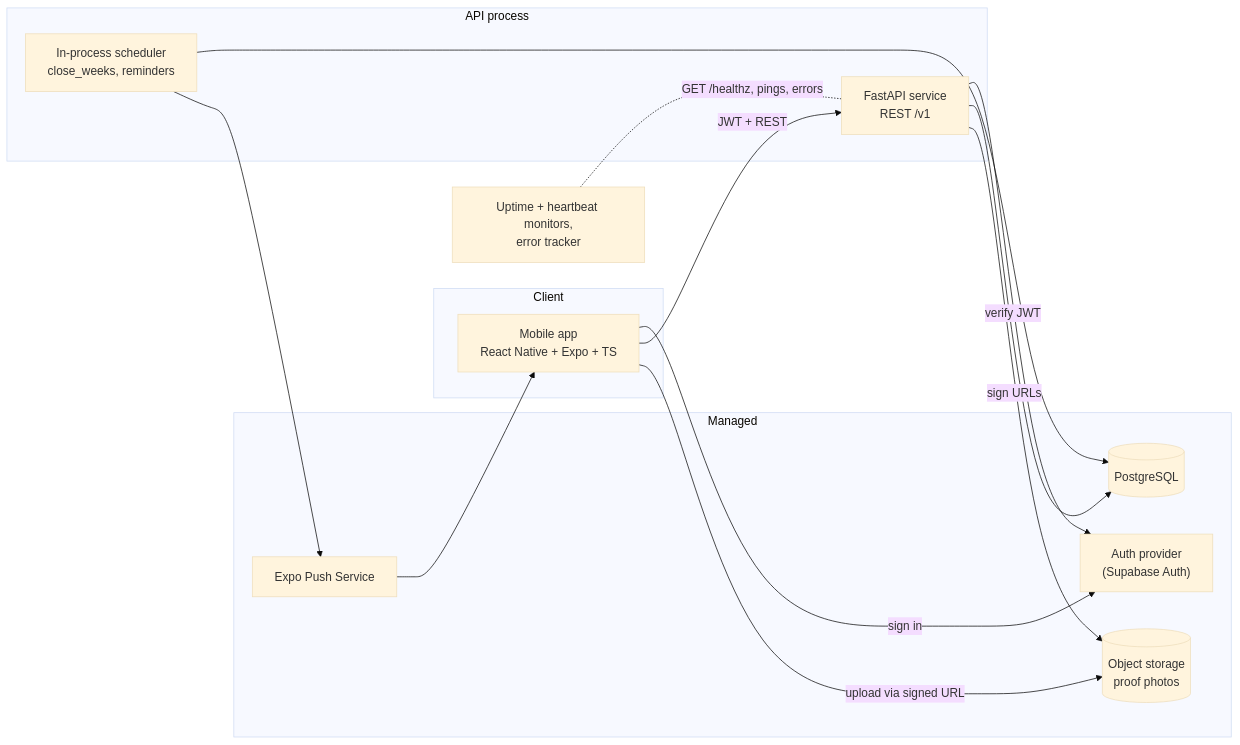
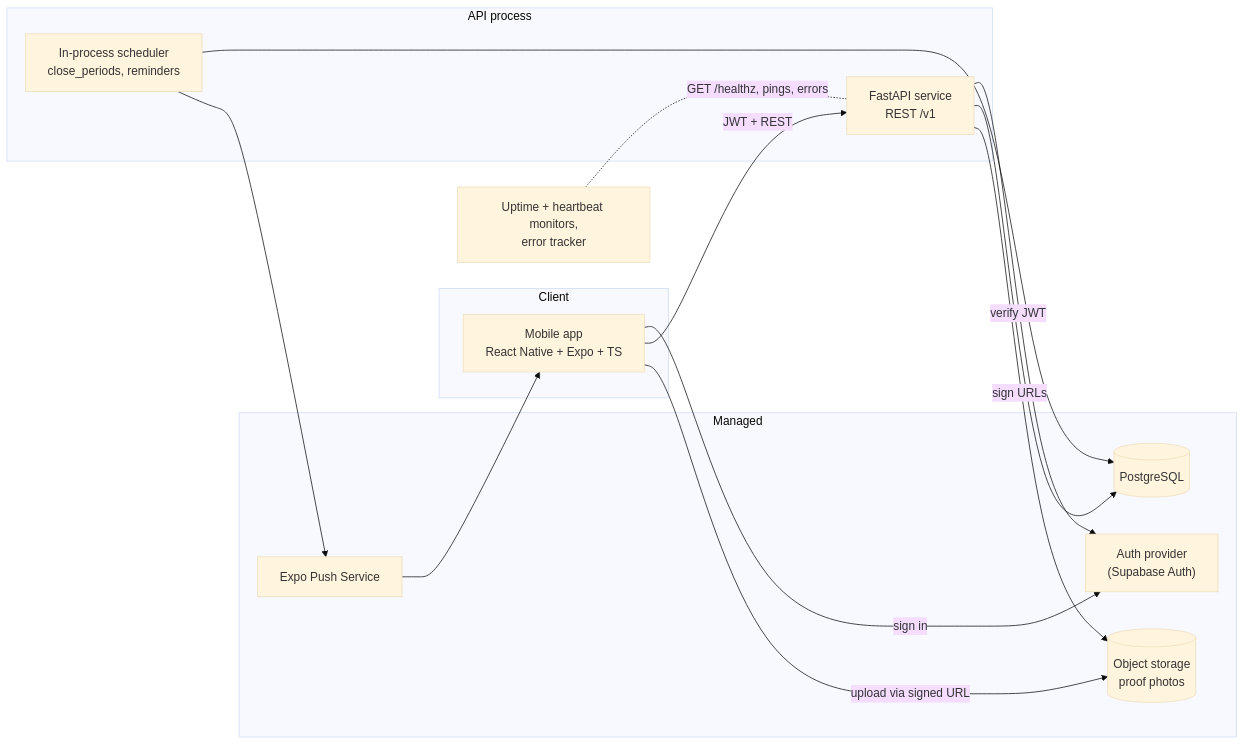
The diagram in docs/high-level-design.md (shreyasvaid/Socius), drawn with Mermaid (base theme) before and after one commit. The commit also changed other lines of this file and 3 other files, not shown here.

````diff
--- a/docs/high-level-design.md
+++ b/docs/high-level-design.md
@@ -22,27 +22,27 @@
 ```mermaid
 flowchart LR
   subgraph Client
     M["Mobile app<br/>React Native + Expo + TS"]
   end
   subgraph Managed
     AUTH["Auth provider<br/>(Supabase Auth)"]
     PG[("PostgreSQL")]
     OBJ[("Object storage<br/>proof photos")]
     PUSH["Expo Push Service"]
   end
   subgraph Backend["API process"]
     API["FastAPI service<br/>REST /v1"]
-    SCHED["In-process scheduler<br/>close_weeks, reminders"]
+    SCHED["In-process scheduler<br/>close_periods, reminders"]
   end
   MON["Uptime + heartbeat monitors,<br/>error tracker"]
   M -- "sign in" --> AUTH
   M -- "JWT + REST" --> API
   M -- "upload via signed URL" --> OBJ
   API -- "verify JWT" --> AUTH
   API --> PG
   API -- "sign URLs" --> OBJ
   SCHED --> PG
   SCHED --> PUSH
   PUSH --> M
   MON -. "GET /healthz, pings, errors" .- API
 ```
````
